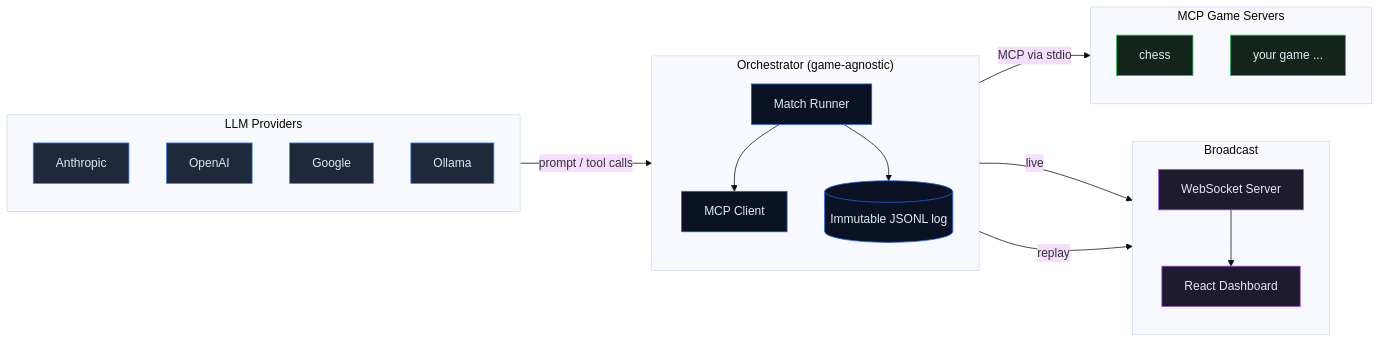
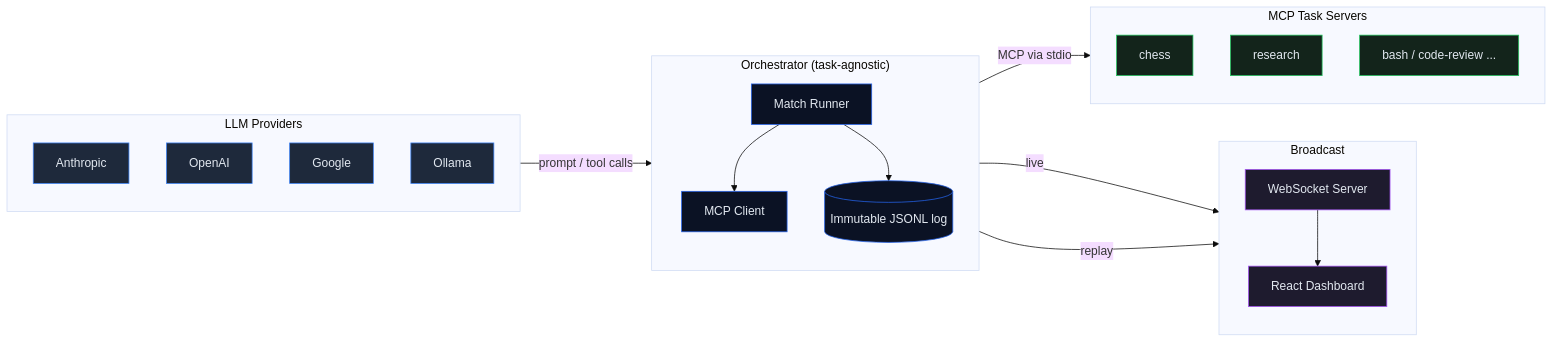
Before and after one commit to Roslando/AgentArena: the first of 2 diagrams in README.md, drawn with Mermaid (base theme). The commit also changed other lines of this file and 22 other files, not shown here.

````diff
--- a/README.md
+++ b/README.md
@@ -84,45 +92,46 @@
 ```mermaid
 flowchart LR
     subgraph P["LLM Providers"]
         direction TB
         P1[Anthropic]
         P2[OpenAI]
         P3[Google]
         P4[Ollama]
     end
 
-    subgraph ENG["Orchestrator (game-agnostic)"]
+    subgraph ENG["Orchestrator (task-agnostic)"]
         direction TB
         R[Match Runner]
         M[MCP Client]
         L[(Immutable JSONL log)]
     end
 
-    subgraph G["MCP Game Servers"]
+    subgraph G["MCP Task Servers"]
         direction TB
         G1[chess]
-        G2[your game ...]
+        G2[research]
+        G3[bash / code-review ...]
     end
 
     subgraph UI["Broadcast"]
         direction TB
         WS[WebSocket Server]
         D[React Dashboard]
     end
 
     P -- "prompt / tool calls" --> R
     R --> M
     M -- "MCP via stdio" --> G
     R --> L
     L -- "live" --> WS --> D
     L -- "replay" --> D
 
     classDef prov fill:#1e293b,stroke:#3b82f6,color:#e2e8f0;
     classDef eng fill:#0b1224,stroke:#2563eb,color:#e2e8f0;
     classDef game fill:#13241b,stroke:#22c55e,color:#e2e8f0;
     classDef ui fill:#1e1b2e,stroke:#a855f7,color:#e2e8f0;
     class P1,P2,P3,P4 prov;
     class R,M,L eng;
-    class G1,G2 game;
+    class G1,G2,G3 game;
     class WS,D ui;
 ```
````
